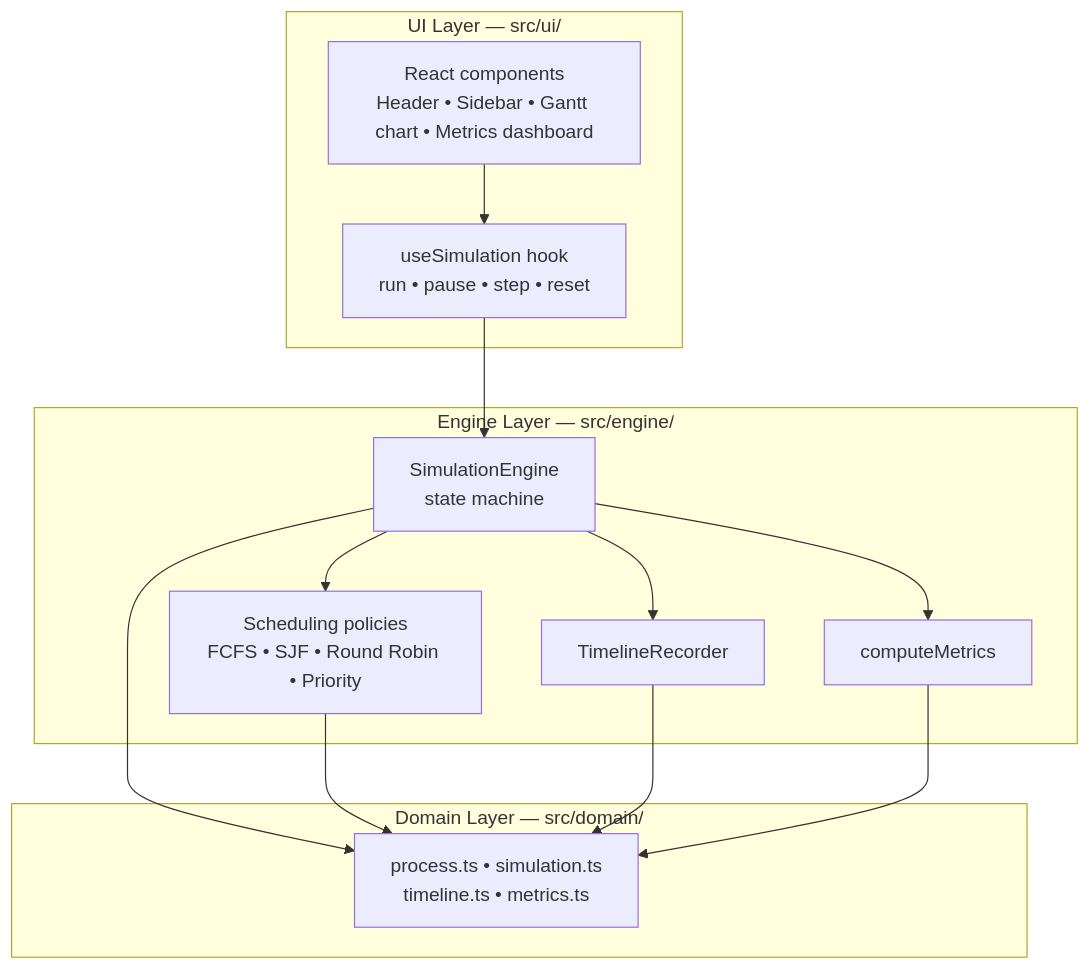
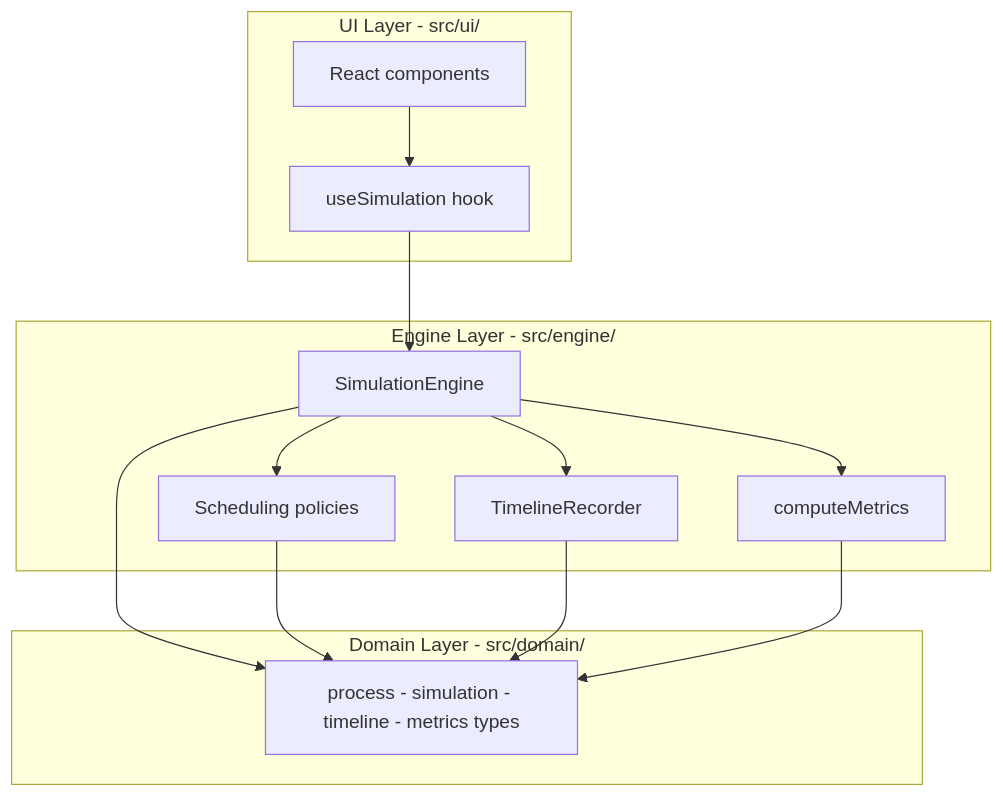
Before and after one commit to ahmedmedhat-se/cpu-process-scheduling-app: the second of 9 diagrams in README.md, drawn with Mermaid. The commit also changed other lines of this file, not shown here.

Commit message:
docs: modifying README.md with OS concepts, architecture, and design decisions

````diff
--- a/README.md
+++ b/README.md
@@ -63,25 +87,25 @@
 ```mermaid
 flowchart TB
-    subgraph UI["UI Layer — src/ui/"]
-        C["React components<br/>Header • Sidebar • Gantt chart • Metrics dashboard"]
-        H["useSimulation hook<br/>run • pause • step • reset"]
+    subgraph UI["UI Layer - src/ui/"]
+        C["React components"]
+        H["useSimulation hook"]
     end
-    subgraph ENG["Engine Layer — src/engine/"]
-        SE["SimulationEngine<br/>state machine"]
-        POL["Scheduling policies<br/>FCFS • SJF • Round Robin • Priority"]
+    subgraph ENG["Engine Layer - src/engine/"]
+        SE["SimulationEngine"]
+        POL["Scheduling policies"]
         TR["TimelineRecorder"]
         CM["computeMetrics"]
     end
-    subgraph DOM["Domain Layer — src/domain/"]
-        T["process.ts • simulation.ts<br/>timeline.ts • metrics.ts"]
+    subgraph DOM["Domain Layer - src/domain/"]
+        T["process - simulation - timeline - metrics types"]
     end
     C --> H
     H --> SE
     SE --> POL
     SE --> TR
     SE --> CM
     SE --> T
     POL --> T
     TR --> T
     CM --> T
 ```
````
